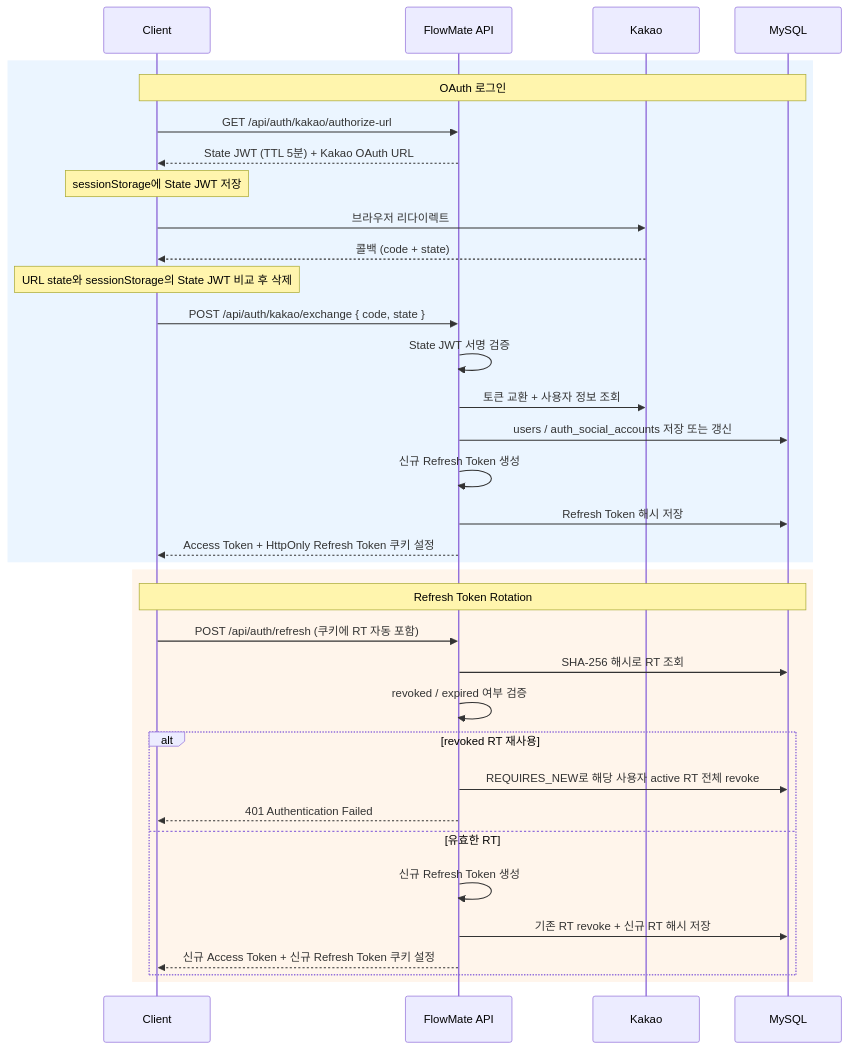
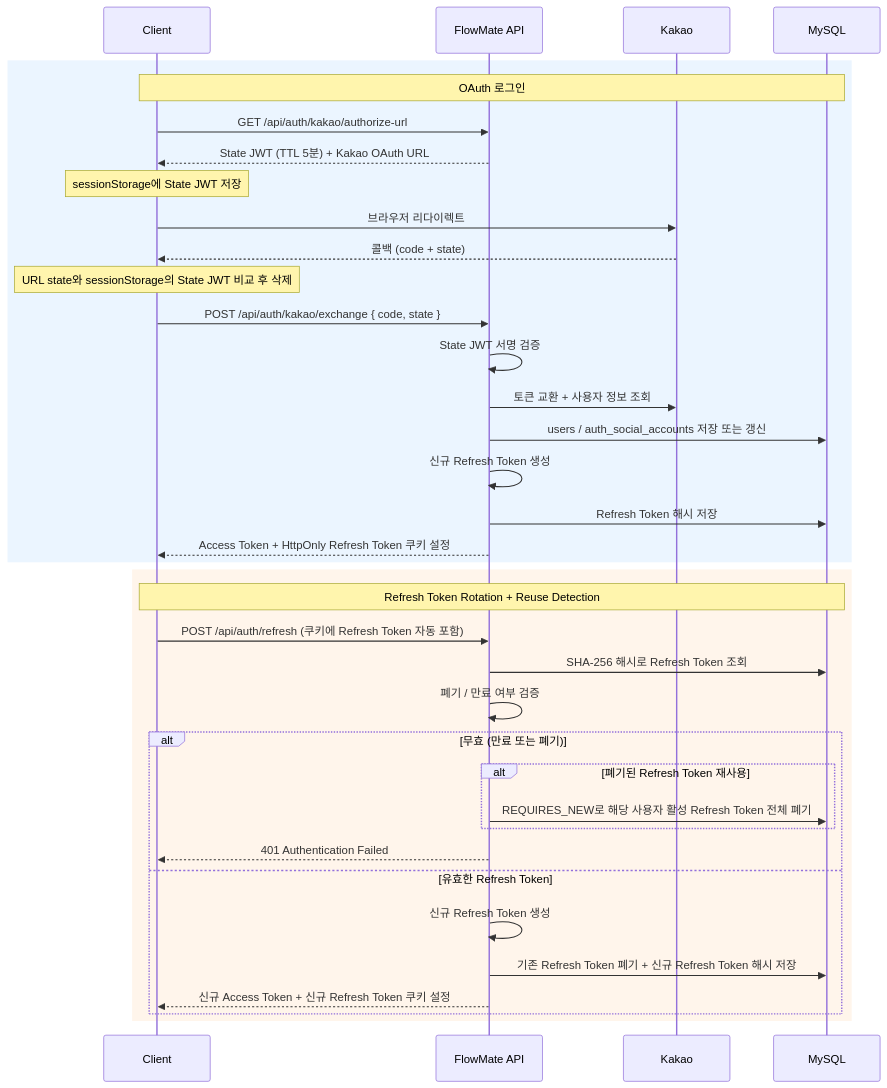
Before and after one commit to g1ennk/FlowMate: the diagram in docs/wiki/auth-evolution.md, drawn with Mermaid. The commit also changed other lines of this file and 1 other file, not shown here.

Commit message:
docs(wiki): auth-evolution 위키 문서 개선

````diff
--- a/docs/wiki/auth-evolution.md
+++ b/docs/wiki/auth-evolution.md
@@ -133,39 +140,41 @@
 ```mermaid
 sequenceDiagram
     participant C as Client
     participant S as FlowMate API
     participant K as Kakao
     participant DB as MySQL
 
     rect rgb(235, 245, 255)
         Note over C, DB: OAuth 로그인
         C ->> S: GET /api/auth/kakao/authorize-url
         S -->> C: State JWT (TTL 5분) + Kakao OAuth URL
         Note over C: sessionStorage에 State JWT 저장
         C ->> K: 브라우저 리다이렉트
         K -->> C: 콜백 (code + state)
         Note over C: URL state와 sessionStorage의 State JWT 비교 후 삭제
         C ->> S: POST /api/auth/kakao/exchange { code, state }
         S ->> S: State JWT 서명 검증
         S ->> K: 토큰 교환 + 사용자 정보 조회
         S ->> DB: users / auth_social_accounts 저장 또는 갱신
         S ->> S: 신규 Refresh Token 생성
         S ->> DB: Refresh Token 해시 저장
         S -->> C: Access Token + HttpOnly Refresh Token 쿠키 설정
     end
 
     rect rgb(255, 245, 235)
-        Note over C, DB: Refresh Token Rotation
-        C ->> S: POST /api/auth/refresh (쿠키에 RT 자동 포함)
-        S ->> DB: SHA-256 해시로 RT 조회
-        S ->> S: revoked / expired 여부 검증
-        alt revoked RT 재사용
-            S ->> DB: REQUIRES_NEW로 해당 사용자 active RT 전체 revoke
+        Note over C, DB: Refresh Token Rotation + Reuse Detection
+        C ->> S: POST /api/auth/refresh (쿠키에 Refresh Token 자동 포함)
+        S ->> DB: SHA-256 해시로 Refresh Token 조회
+        S ->> S: 폐기 / 만료 여부 검증
+        alt 무효 (만료 또는 폐기)
+            alt 폐기된 Refresh Token 재사용
+                S ->> DB: REQUIRES_NEW로 해당 사용자 활성 Refresh Token 전체 폐기
+            end
             S -->> C: 401 Authentication Failed
-        else 유효한 RT
+        else 유효한 Refresh Token
             S ->> S: 신규 Refresh Token 생성
-            S ->> DB: 기존 RT revoke + 신규 RT 해시 저장
+            S ->> DB: 기존 Refresh Token 폐기 + 신규 Refresh Token 해시 저장
             S -->> C: 신규 Access Token + 신규 Refresh Token 쿠키 설정
         end
     end
 ```
````
